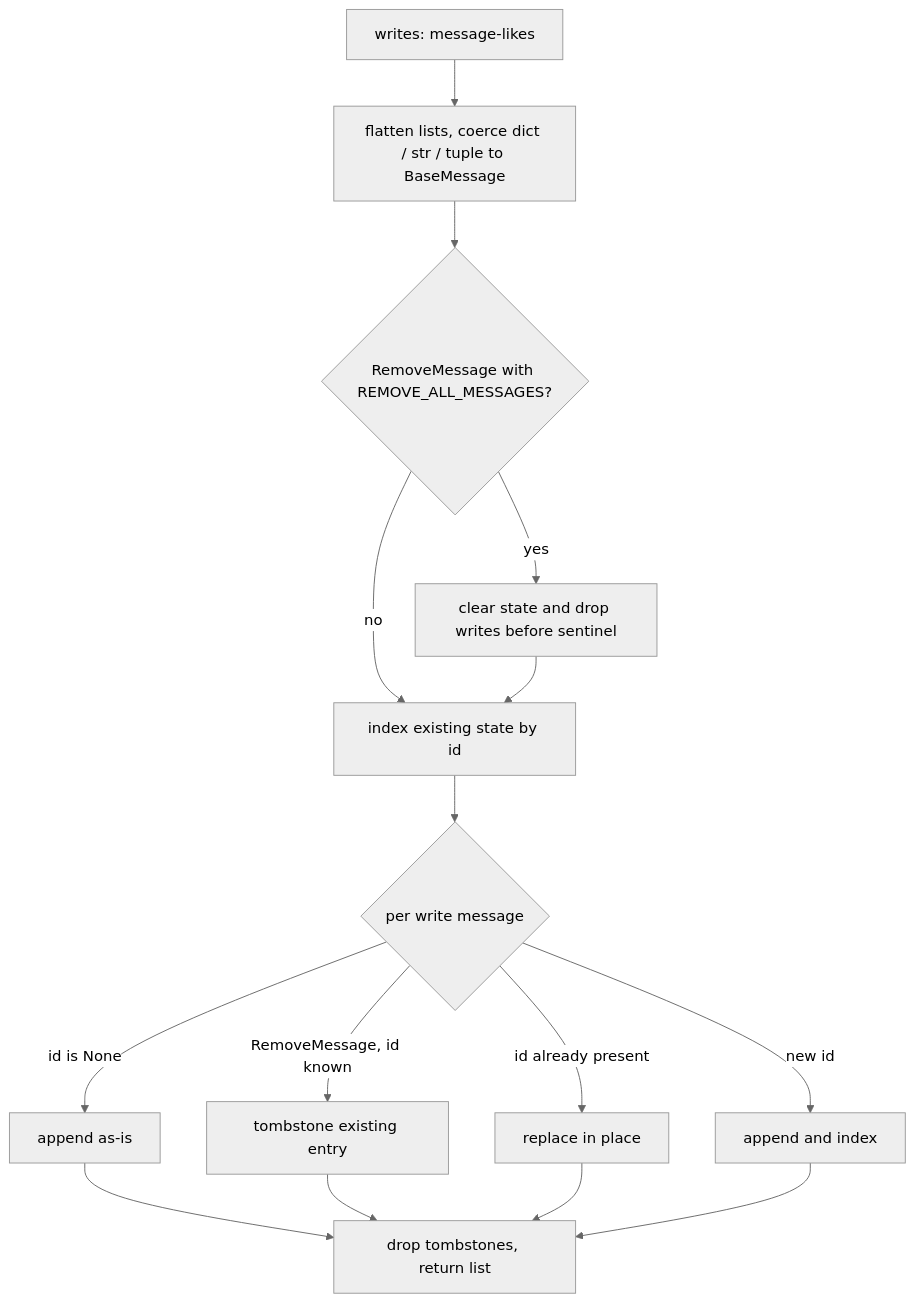
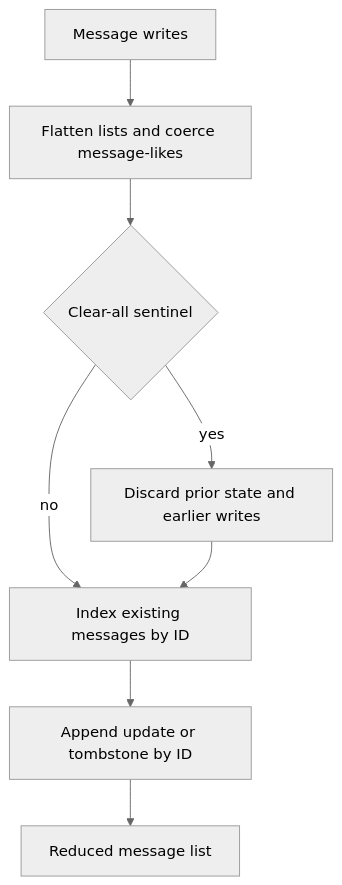
One commit to langchain-ai/deepagents changed the second of 3 diagrams in openwiki/concepts/state-persistence.md. Above: the diagram before and after it, drawn with Mermaid (neutral theme). The commit also changed other lines of this file and 39 other files, not shown here.

````diff
--- a/openwiki/concepts/state-persistence.md
+++ b/openwiki/concepts/state-persistence.md
@@ -120,17 +90,10 @@
 ```mermaid
 flowchart TD
-    W["writes: message-likes"] --> F["flatten lists, coerce dict / str / tuple to BaseMessage"]
-    F --> R{"RemoveMessage with REMOVE_ALL_MESSAGES?"}
-    R -->|yes| Reset["clear state and drop writes before sentinel"]
-    R -->|no| Idx["index existing state by id"]
-    Reset --> Idx
-    Idx --> P{"per write message"}
-    P -->|"id is None"| App["append as-is"]
-    P -->|"RemoveMessage, id known"| Tomb["tombstone existing entry"]
-    P -->|"id already present"| Upd["replace in place"]
-    P -->|"new id"| App2["append and index"]
-    App --> Out["drop tombstones, return list"]
-    Tomb --> Out
-    Upd --> Out
-    App2 --> Out
+    Writes["Message writes"] --> Coerce["Flatten lists and coerce message-likes"]
+    Coerce --> Clear{"Clear-all sentinel"}
+    Clear -->|"yes"| Reset["Discard prior state and earlier writes"]
+    Clear -->|"no"| Index["Index existing messages by ID"]
+    Reset --> Index
+    Index --> Apply["Append update or tombstone by ID"]
+    Apply --> Result["Reduced message list"]
 ```
````
